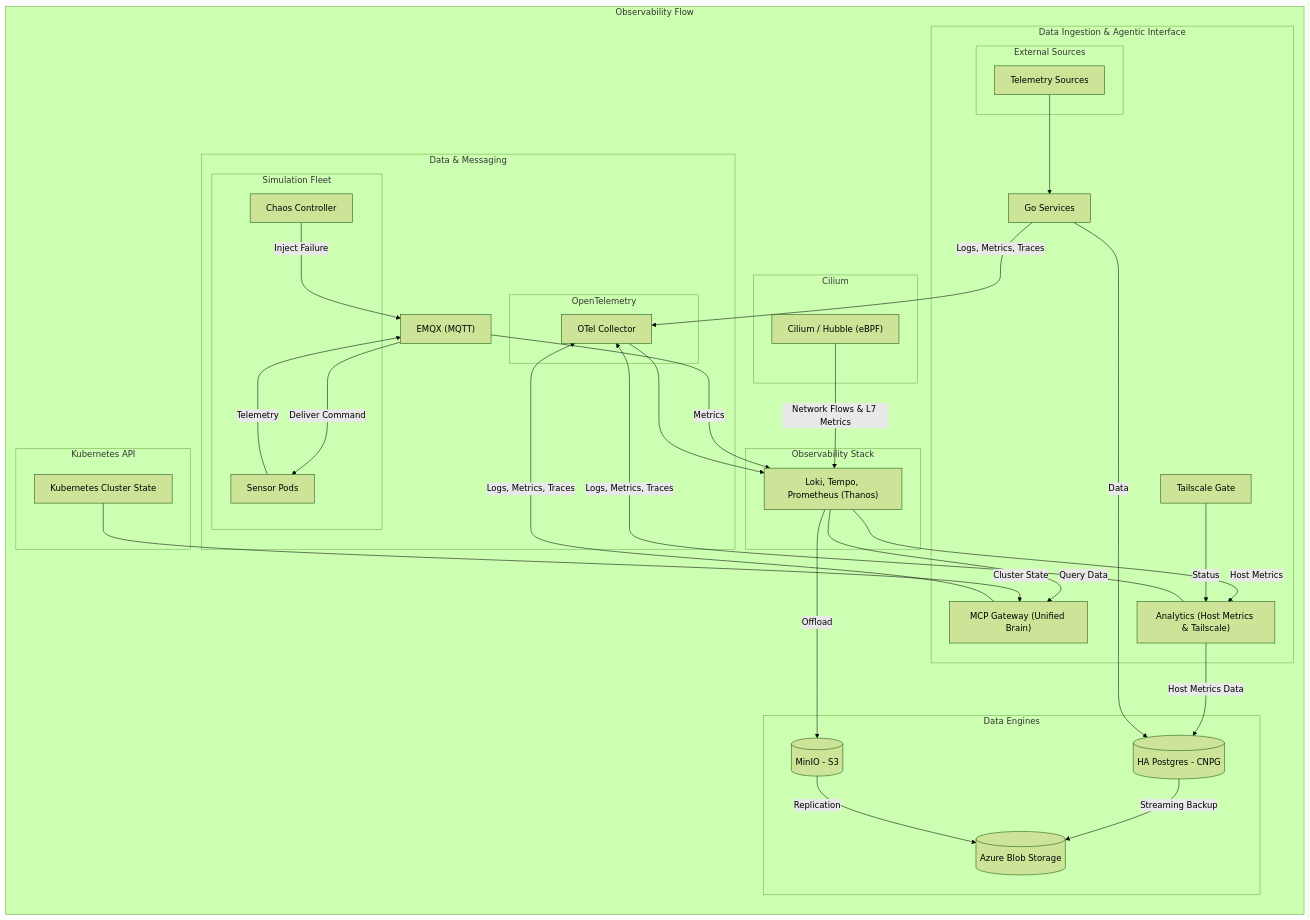
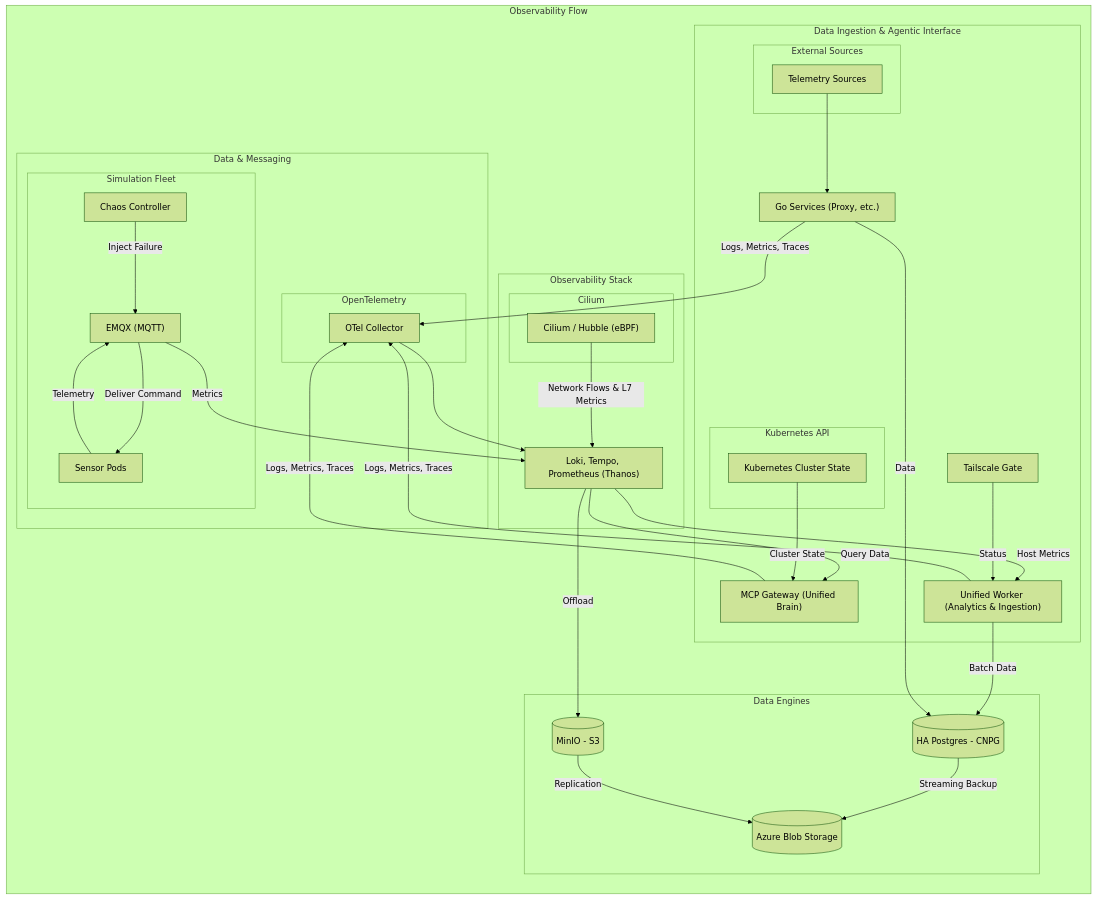
The diagram in docs/architecture/core-concepts/observability.md (victoriacheng15/observability-hub), drawn with Mermaid (forest theme) before and after one commit. The commit also changed other lines of this file and 17 other files, not shown here.

Commit message:
docs: synchronize platform architecture and guides with unified worker (#429)

````diff
--- a/docs/architecture/core-concepts/observability.md
+++ b/docs/architecture/core-concepts/observability.md
@@ -7,75 +7,75 @@
 ```mermaid
 flowchart TB
     subgraph ObservabilityFlow ["Observability Flow"]
         direction TB
         subgraph Logic ["Data Ingestion & Agentic Interface"]
             subgraph ExternalSources ["External Sources"]
                 External["Telemetry Sources"]
             end
 
-            GoApps["Go Services"]
+            subgraph Kube["Kubernetes API"]
+              K3S["Kubernetes Cluster State"]
+            end
+
+            GoApps["Go Services (Proxy, etc.)"]
             MCP["MCP Gateway (Unified Brain)"]
-            Analytics["Analytics (Host Metrics & Tailscale)"]
+            Worker["Unified Worker (Analytics & Ingestion)"]
             Gate[Tailscale Gate]
-        end
-
-        subgraph Kube["Kubernetes API"]
-          K3S["Kubernetes Cluster State"]
         end
 
         subgraph DataPlatform ["Data & Messaging"]
             subgraph Simulation ["Simulation Fleet"]
+                Chaos["Chaos Controller"]
                 Sensors["Sensor Pods"]
-                Chaos["Chaos Controller"]
+                EMQX["EMQX (MQTT)"]
             end
-            EMQX["EMQX (MQTT)"]
             subgraph OtelCollector ["OpenTelemetry"]
                 OTEL[OTel Collector]
             end
         end
 
+        subgraph Observability ["Observability Stack"]
         subgraph Kernal ["Cilium"]
           Cilium["Cilium / Hubble (eBPF)"]
         end
 
-        subgraph Observability ["Observability Stack"]
           LGTM["Loki, Tempo, Prometheus (Thanos)"]
         end
 
         subgraph Storage ["Data Engines"]
             PG[(HA Postgres - CNPG)]
             S3[(MinIO - S3)]
             Azure[(Azure Blob Storage)]
         end
     end
 
     %% Data Pipeline Connections
     External --> GoApps
     
     %% Unified MCP Paths
     LGTM -- "Query Data" --> MCP
     K3S -- "Cluster State" --> MCP
 
     %% Simulation Flow
     Chaos -- "Inject Failure" --> EMQX
     EMQX -- "Deliver Command" --> Sensors
     Sensors -- "Telemetry" --> EMQX
     EMQX -- "Metrics" --> LGTM
 
     %% Telemetry & Storage Connections
-    LGTM -- "Host Metrics" --> Analytics
-    Gate -- "Status" --> Analytics
-    Analytics -- "Host Metrics Data" --> PG
+    LGTM -- "Host Metrics" --> Worker
+    Gate -- "Status" --> Worker
+    Worker -- "Batch Data" --> PG
     GoApps -- Data --> PG
 
     %% Telemetry Pipeline (OTLP)
-    GoApps & MCP & Analytics -- "Logs, Metrics, Traces" --> OTEL
+    GoApps & MCP & Worker -- "Logs, Metrics, Traces" --> OTEL
     Cilium -- "Network Flows & L7 Metrics" --> LGTM
     
     OTEL --> LGTM
     
     %% Resilience & Backup
     LGTM -- "Offload" --> S3
     PG -- "Streaming Backup" --> Azure
     S3 -- "Replication" --> Azure
 ```
````
